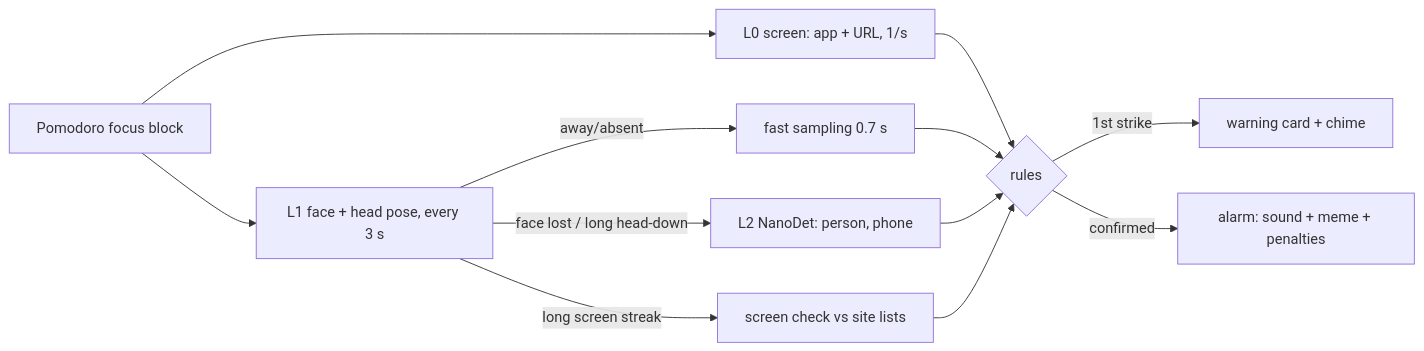
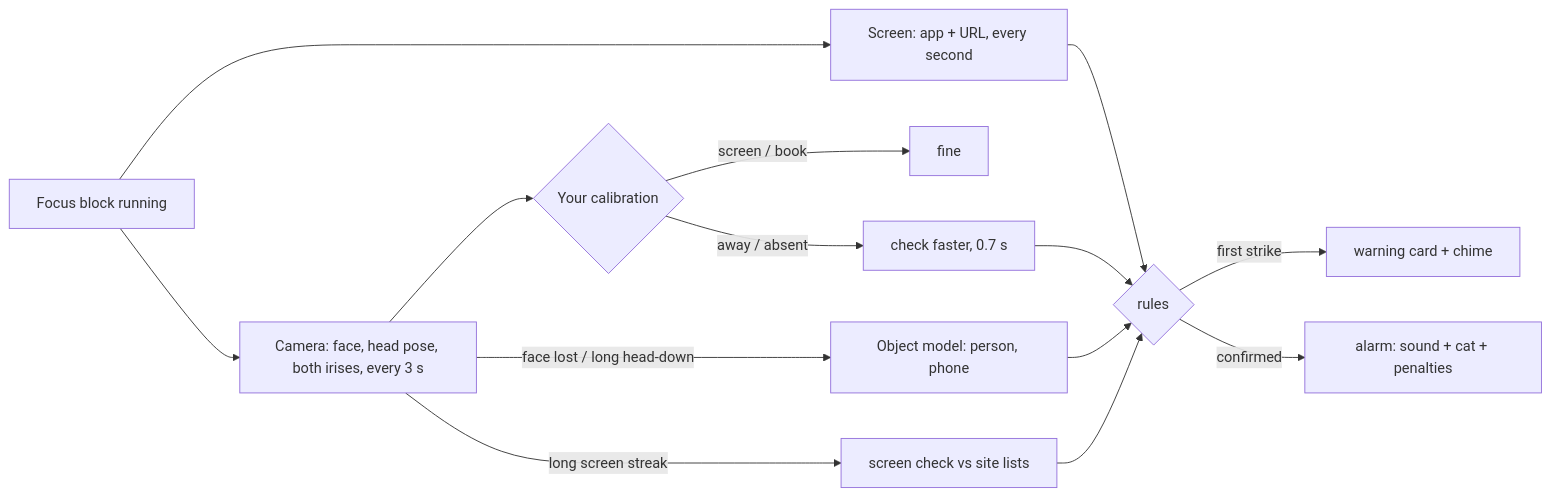
One commit to shymonke/lockin changed the diagram in README.md. Above: the diagram before and after it, drawn with Mermaid. The commit also changed other lines of this file and 2 other files, not shown here.

````diff
--- a/README.md
+++ b/README.md
@@ -24,14 +25,16 @@
 ```mermaid
 flowchart LR
-  P[Pomodoro focus block] --> L0[L0 screen: app + URL, 1/s]
-  P --> L1[L1 face + head pose, every 3 s]
-  L1 -- away/absent --> F[fast sampling 0.7 s]
-  L1 -- face lost / long head-down --> L2[L2 NanoDet: person, phone]
+  P[Focus block running] --> L0[Screen: app + URL, every second]
+  P --> L1[Camera: face, head pose, both irises, every 3 s]
+  L1 --> C{Your calibration}
+  C -- screen / book --> OK[fine]
+  C -- away / absent --> F[check faster, 0.7 s]
+  L1 -- face lost / long head-down --> L2[Object model: person, phone]
   L1 -- long screen streak --> SC[screen check vs site lists]
   L0 --> R{rules}
   F --> R
   L2 --> R
   SC --> R
-  R -- 1st strike --> W[warning card + chime]
-  R -- confirmed --> A[alarm: sound + meme + penalties]
+  R -- first strike --> W[warning card + chime]
+  R -- confirmed --> A[alarm: sound + cat + penalties]
 ```
````
